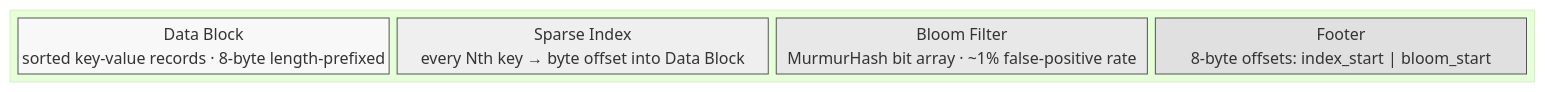
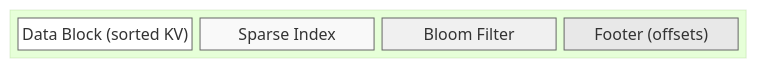
One commit to shubhxtech/Distributed-NoSQL-Key-Value-Database changed the fourth of 6 diagrams in README.md. Above: the diagram before and after it, drawn with Mermaid (forest theme). The commit also changed other lines of this file, not shown here.

Commit message:
docs: clean up and simplify Mermaid diagrams with minimalist styling

````diff
--- a/README.md
+++ b/README.md
@@ -206,15 +161,15 @@
 ```mermaid
 block-beta
     columns 1
     block:file
-        DataBlock["Data Block\nsorted key-value records · 8-byte length-prefixed"]
-        SparseIndex["Sparse Index\nevery Nth key → byte offset into Data Block"]
-        BloomFilter["Bloom Filter\nMurmurHash bit array · ~1% false-positive rate"]
-        Footer["Footer\n8-byte offsets: index_start | bloom_start"]
+        DataBlock["Data Block (sorted KV)"]
+        SparseIndex["Sparse Index"]
+        BloomFilter["Bloom Filter"]
+        Footer["Footer (offsets)"]
     end
 
-    style DataBlock fill:#f8f8f8,stroke:#555,color:#000
-    style SparseIndex fill:#efefef,stroke:#555,color:#000
-    style BloomFilter fill:#e8e8e8,stroke:#555,color:#000
-    style Footer fill:#e0e0e0,stroke:#555,color:#000
+    style DataBlock fill:#fff,stroke:#666,color:#000
+    style SparseIndex fill:#f9f9f9,stroke:#666,color:#000
+    style BloomFilter fill:#f0f0f0,stroke:#666,color:#000
+    style Footer fill:#e8e8e8,stroke:#666,color:#000
 ```
````
